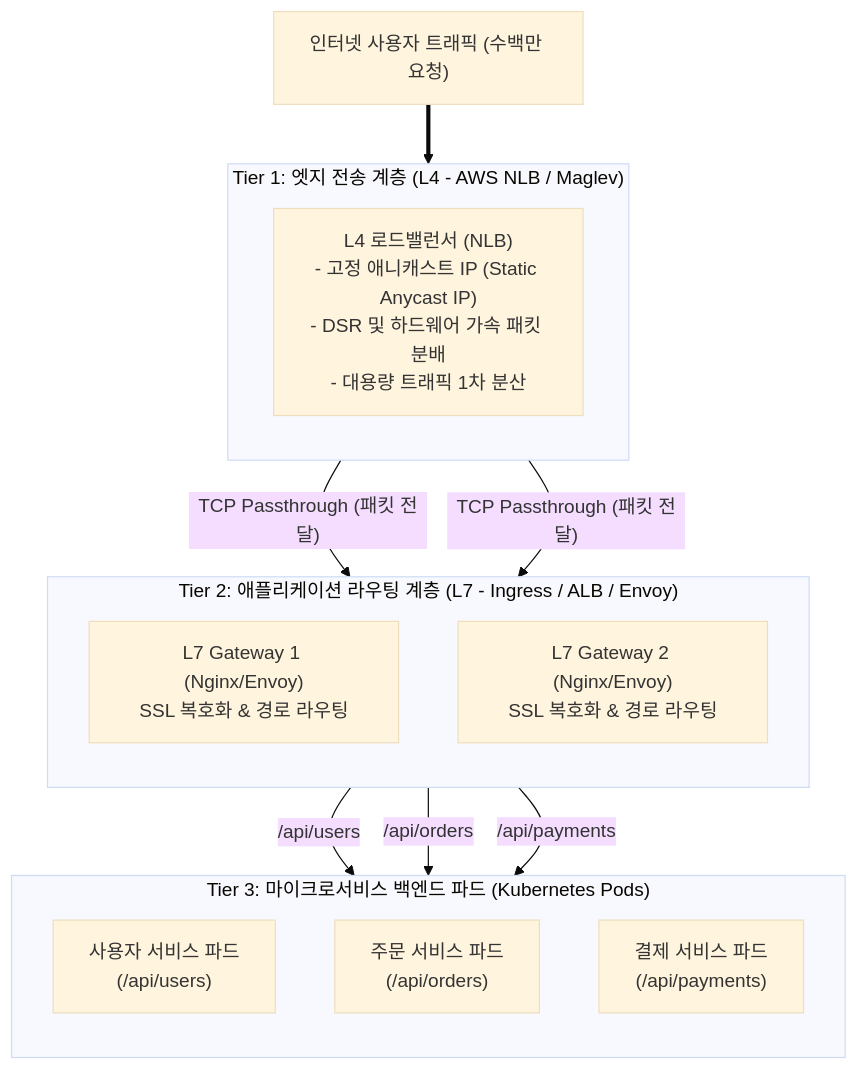
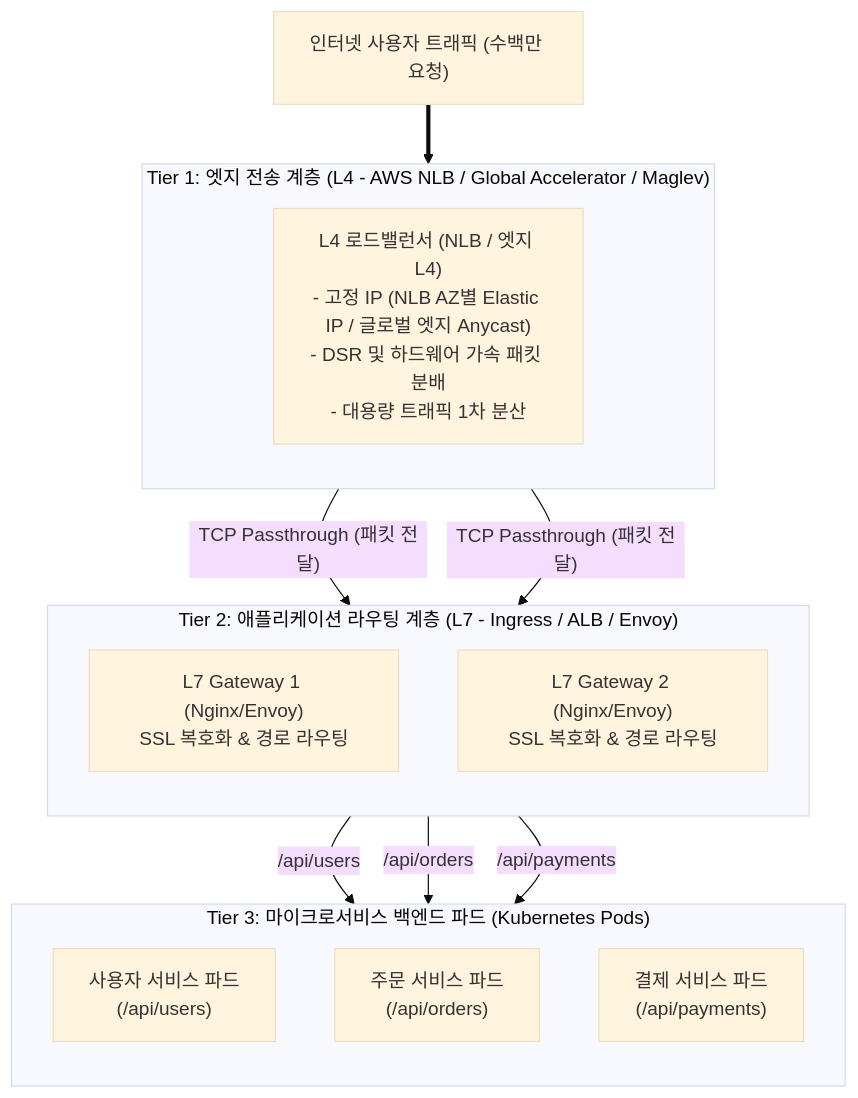
Before and after one commit to studylida/studylida.github.io: the seventh of 7 diagrams in src/content/posts/l4-l7-load-balancer-architecture.md, drawn with Mermaid (base theme). The commit also changed other lines of this file and 18 other files, not shown here.

````diff
--- a/src/content/posts/l4-l7-load-balancer-architecture.md
+++ b/src/content/posts/l4-l7-load-balancer-architecture.md
@@ -304,29 +304,29 @@
 ```mermaid
 flowchart TD
     Internet["인터넷 사용자 트래픽 (수백만 요청)"]
 
-    subgraph Tier1 ["Tier 1: 엣지 전송 계층 (L4 - AWS NLB / Maglev)"]
+    subgraph Tier1 ["Tier 1: 엣지 전송 계층 (L4 - AWS NLB / Global Accelerator / Maglev)"]
         direction TB
-        NLB["L4 로드밸런서 (NLB)<br/>- 고정 애니캐스트 IP (Static Anycast IP)<br/>- DSR 및 하드웨어 가속 패킷 분배<br/>- 대용량 트래픽 1차 분산"]
+        NLB["L4 로드밸런서 (NLB / 엣지 L4)<br/>- 고정 IP (NLB AZ별 Elastic IP / 글로벌 엣지 Anycast)<br/>- DSR 및 하드웨어 가속 패킷 분배<br/>- 대용량 트래픽 1차 분산"]
     end
 
     subgraph Tier2 ["Tier 2: 애플리케이션 라우팅 계층 (L7 - Ingress / ALB / Envoy)"]
         direction TB
         L7_1["L7 Gateway 1 (Nginx/Envoy)<br/>SSL 복호화 & 경로 라우팅"]
         L7_2["L7 Gateway 2 (Nginx/Envoy)<br/>SSL 복호화 & 경로 라우팅"]
     end
 
     subgraph Pods ["Tier 3: 마이크로서비스 백엔드 파드 (Kubernetes Pods)"]
         direction TB
         SvcUser["사용자 서비스 파드<br/>(/api/users)"]
         SvcOrder["주문 서비스 파드<br/>(/api/orders)"]
         SvcPay["결제 서비스 파드<br/>(/api/payments)"]
     end
 
     Internet ==> NLB
     NLB -->|"TCP Passthrough (패킷 전달)"| L7_1
     NLB -->|"TCP Passthrough (패킷 전달)"| L7_2
     L7_1 -->|"/api/users"| SvcUser
     L7_1 -->|"/api/orders"| SvcOrder
     L7_2 -->|"/api/payments"| SvcPay
 ```
````
